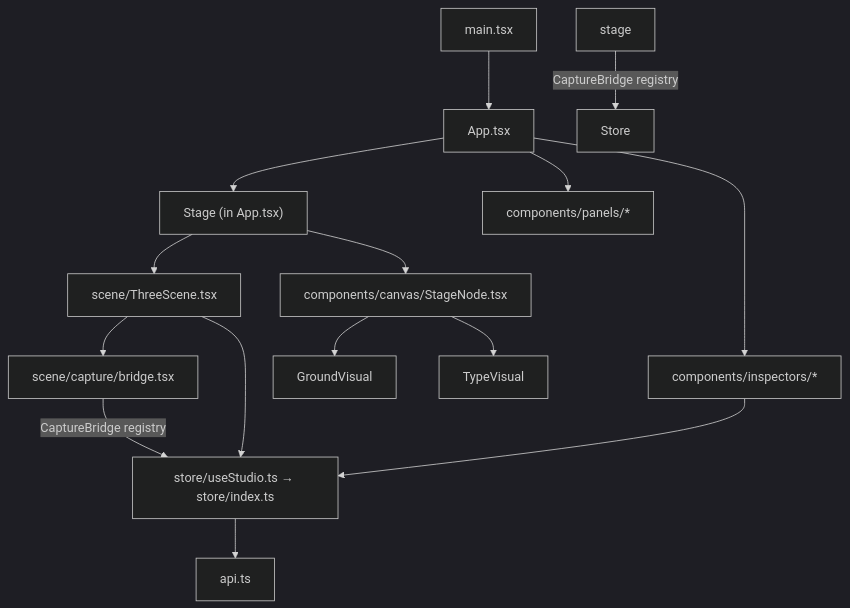
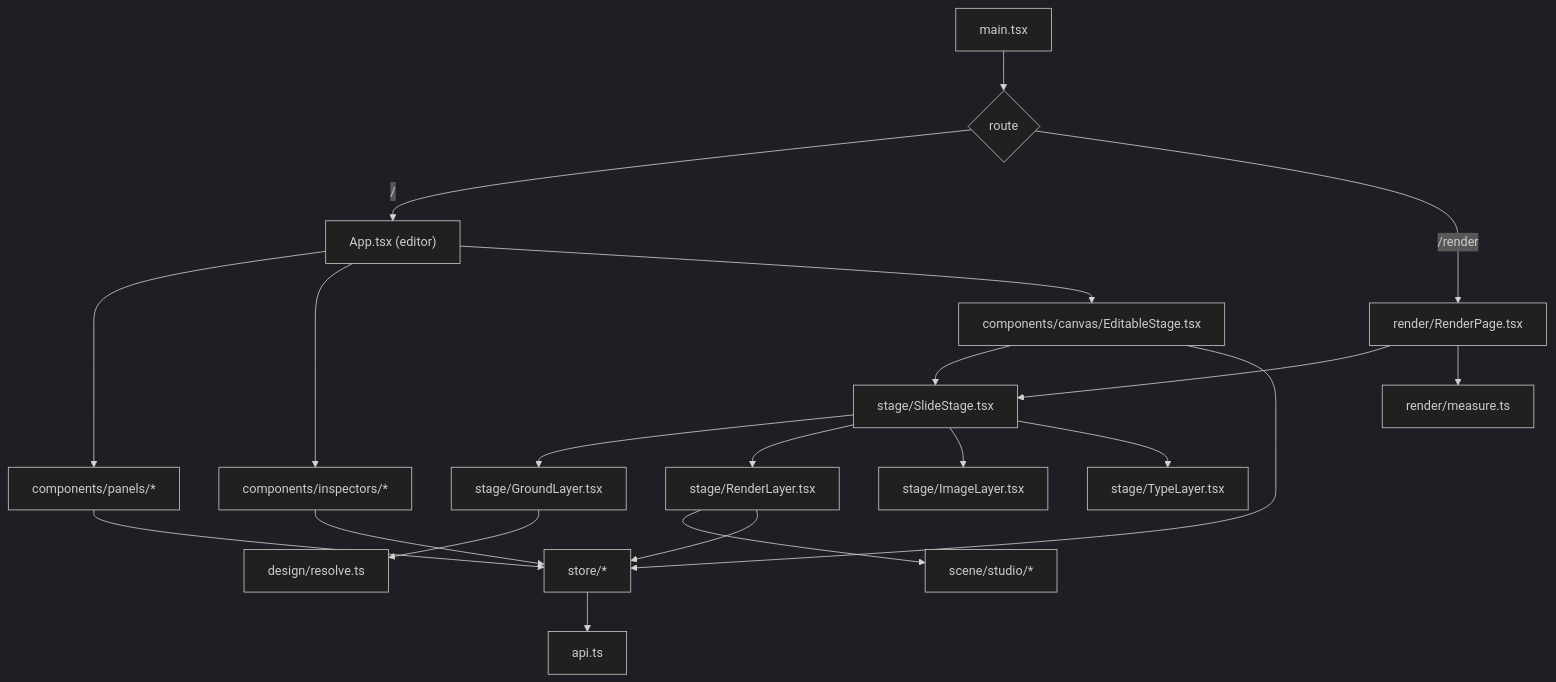
One commit to AvikArefin/xds changed the second of 2 diagrams in docs/architecture.md. Above: the diagram before and after it, drawn with Mermaid (dark theme). The commit also changed other lines of this file and 8 other files, not shown here.

First line of the commit message:
docs: rework architecture for v2

````diff
--- a/docs/architecture.md
+++ b/docs/architecture.md
@@ -354,17 +273,21 @@
 ```mermaid
 flowchart TD
-  main["main.tsx"] --> App["App.tsx"]
-  App --> Stage["Stage (in App.tsx)"]
+  main["main.tsx"] --> Router{"route"}
+  Router -->|"/"| App["App.tsx (editor)"]
+  Router -->|"/render"| RenderPage["render/RenderPage.tsx"]
   App --> Panels["components/panels/*"]
   App --> Inspectors["components/inspectors/*"]
-  Stage --> ThreeScene["scene/ThreeScene.tsx"]
-  Stage --> StageNode["components/canvas/StageNode.tsx"]
-  StageNode --> GroundVisual
-  StageNode --> TypeVisual
-  ThreeScene --> Capture["scene/capture/bridge.tsx"]
-  Capture -->|"CaptureBridge registry"| useStudio["store/useStudio.ts → store/index.ts"]
-  Inspectors --> useStudio
-  ThreeScene --> useStudio
-  useStudio --> api["api.ts"]
-  stage -->|"CaptureBridge registry"| Store
+  App --> EditStage["components/canvas/EditableStage.tsx"]
+  EditStage --> SlideStage["stage/SlideStage.tsx"]
+  RenderPage --> SlideStage
+  RenderPage --> Measure["render/measure.ts"]
+  SlideStage --> GroundLayer["stage/GroundLayer.tsx"] --> Resolve["design/resolve.ts"]
+  SlideStage --> RenderLayer["stage/RenderLayer.tsx"] --> Studio["scene/studio/*"]
+  SlideStage --> ImageLayer["stage/ImageLayer.tsx"]
+  SlideStage --> TypeLayer["stage/TypeLayer.tsx"]
+  Panels --> Store["store/*"]
+  Inspectors --> Store
+  EditStage --> Store
+  RenderLayer --> Store
+  Store --> API["api.ts"]
 ```
````
